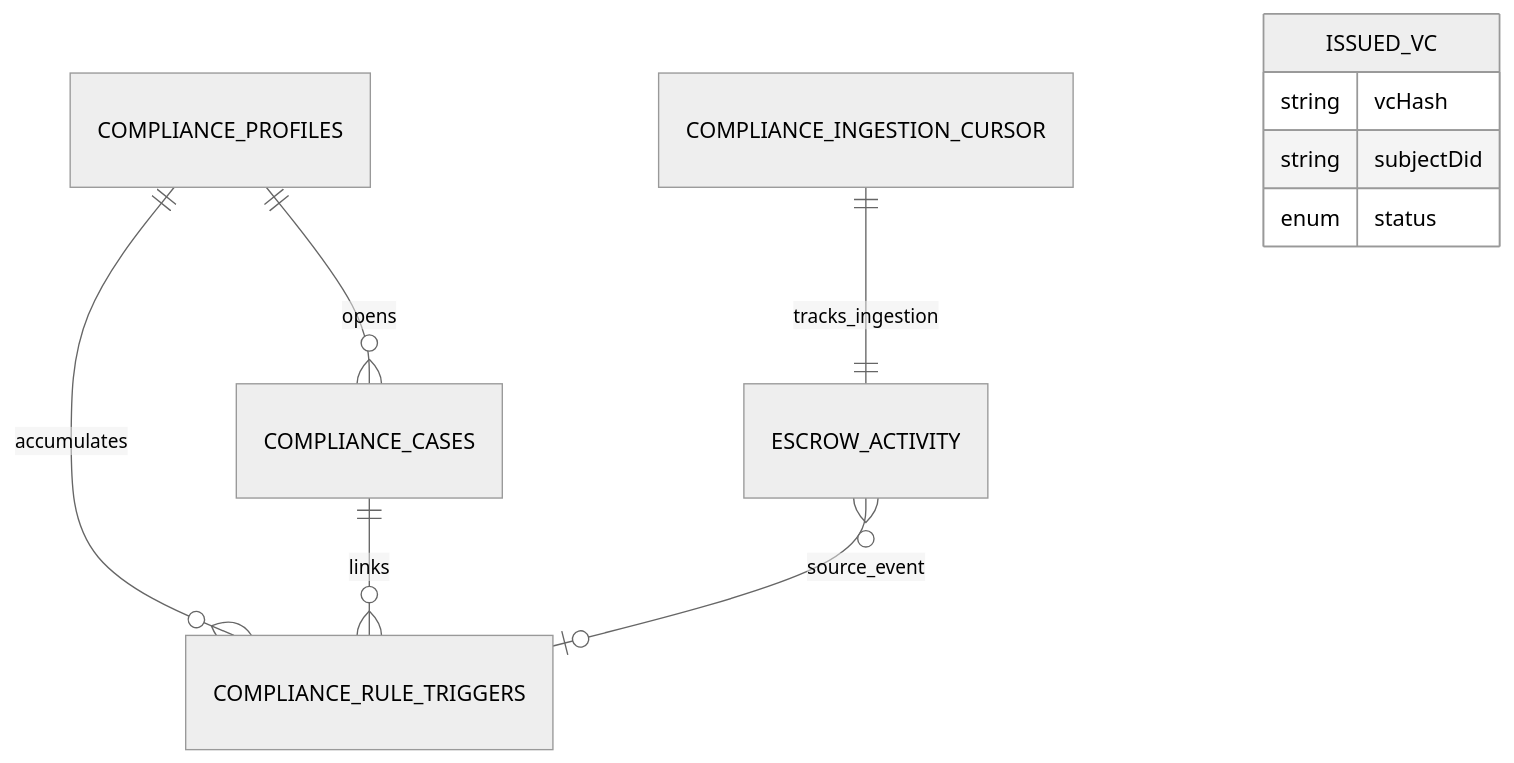
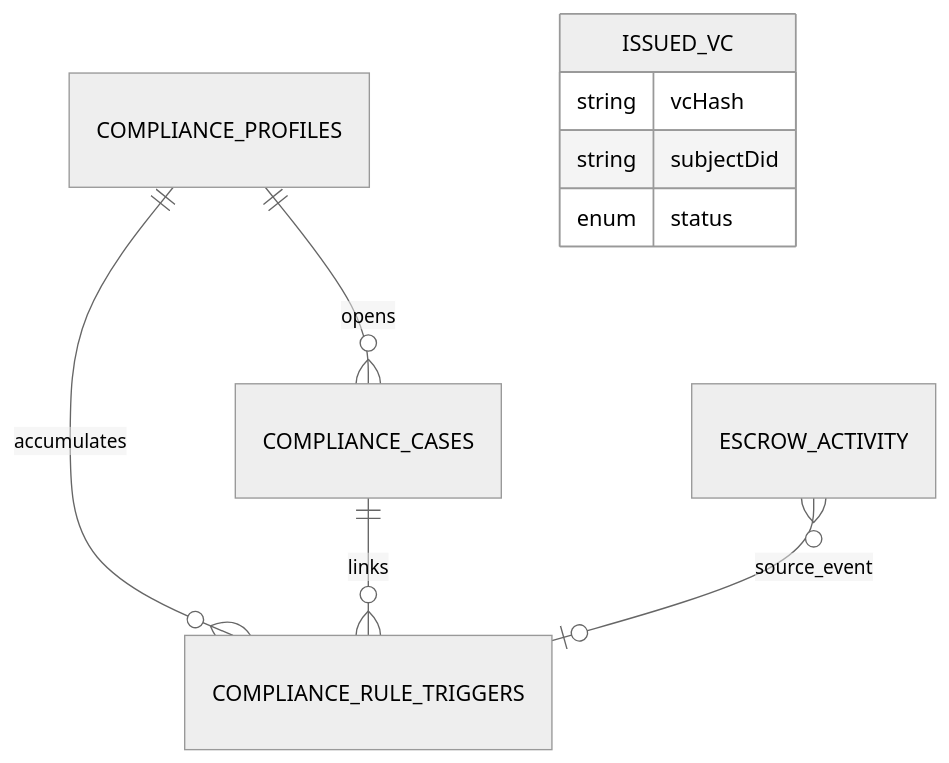
One commit to neozhixuan/fr33 changed the eighth of 8 diagrams in README.md. Above: the diagram before and after it, drawn with Mermaid (neutral theme). The commit also changed other lines of this file, not shown here.

Commit message:
chore: remove ingestion cursor from readme

````diff
--- a/README.md
+++ b/README.md
@@ -218,15 +218,13 @@
 ```mermaid
 erDiagram
     COMPLIANCE_PROFILES ||--o{ COMPLIANCE_RULE_TRIGGERS : accumulates
     COMPLIANCE_PROFILES ||--o{ COMPLIANCE_CASES : opens
     COMPLIANCE_CASES ||--o{ COMPLIANCE_RULE_TRIGGERS : links
-
     ESCROW_ACTIVITY }o--o| COMPLIANCE_RULE_TRIGGERS : source_event
-    COMPLIANCE_INGESTION_CURSOR ||--|| ESCROW_ACTIVITY : tracks_ingestion
 
     ISSUED_VC {
       string vcHash
       string subjectDid
       enum status
     }
 ```
````
